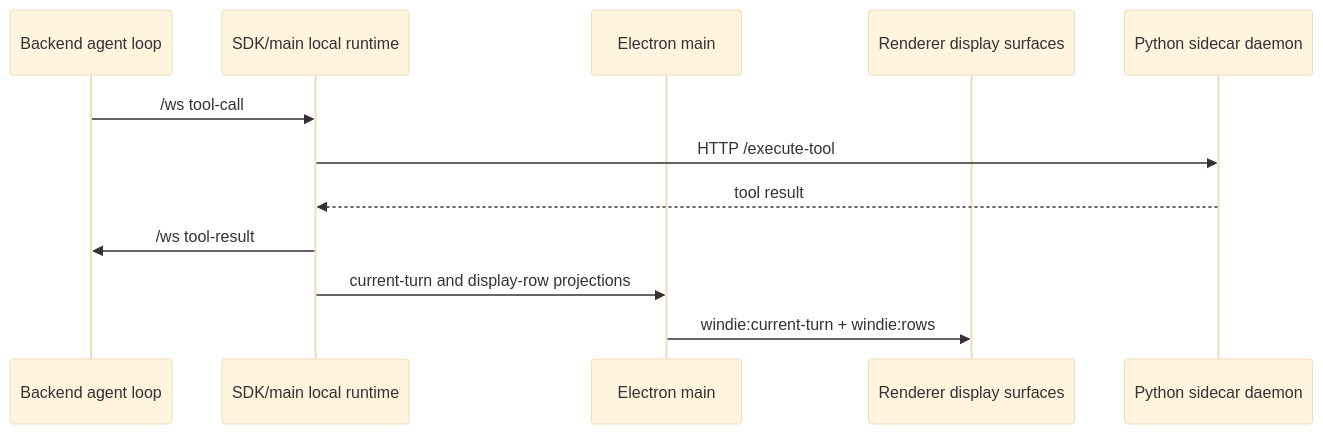
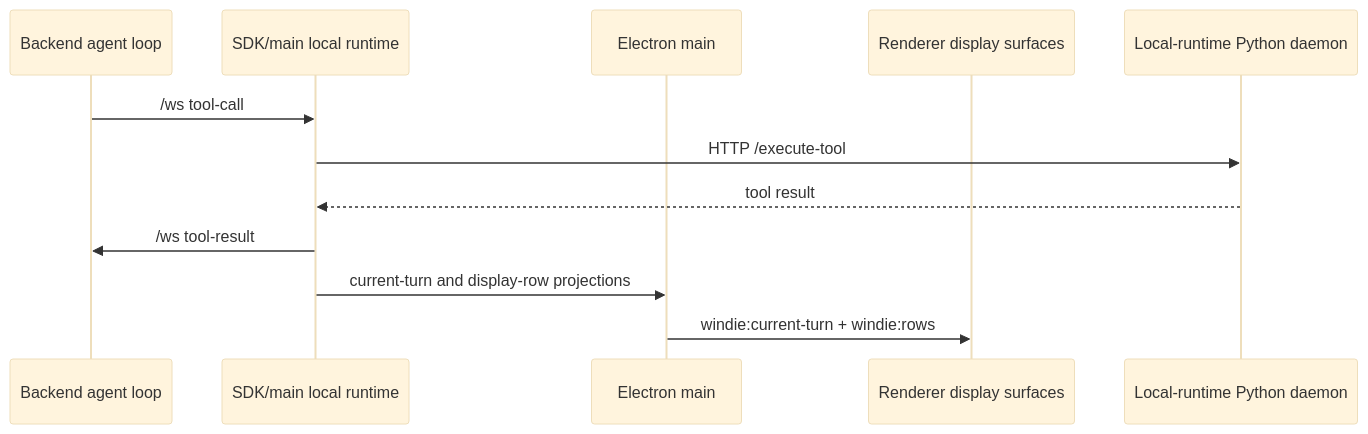
Before and after one commit to buiilding/My_Own_OpenClaw: the diagram in docs/channels/sidecar_and_tool_channels.md, drawn with Mermaid (base theme). The commit also changed other lines of this file and 13 other files, not shown here.

First line of the commit message:
docs(runtime): route local executor labels

````diff
--- a/docs/channels/sidecar_and_tool_channels.md
+++ b/docs/channels/sidecar_and_tool_channels.md
@@ -17,15 +17,15 @@
 ```mermaid
 sequenceDiagram
     participant Backend as Backend agent loop
     participant SDK as SDK/main local runtime
     participant Main as Electron main
     participant Renderer as Renderer display surfaces
-    participant Sidecar as Python sidecar daemon
+    participant LocalRuntimePython as Local-runtime Python daemon
 
     Backend->>SDK: /ws tool-call
-    SDK->>Sidecar: HTTP /execute-tool
-    Sidecar-->>SDK: tool result
+    SDK->>LocalRuntimePython: HTTP /execute-tool
+    LocalRuntimePython-->>SDK: tool result
     SDK->>Backend: /ws tool-result
     SDK->>Main: current-turn and display-row projections
     Main->>Renderer: windie:current-turn + windie:rows
 ```
````
